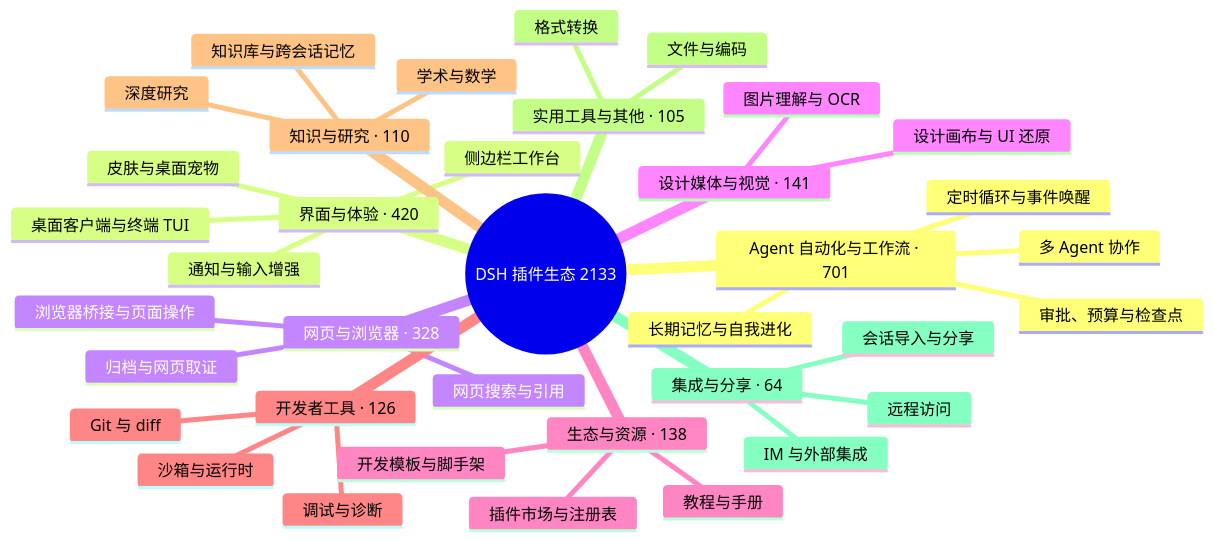
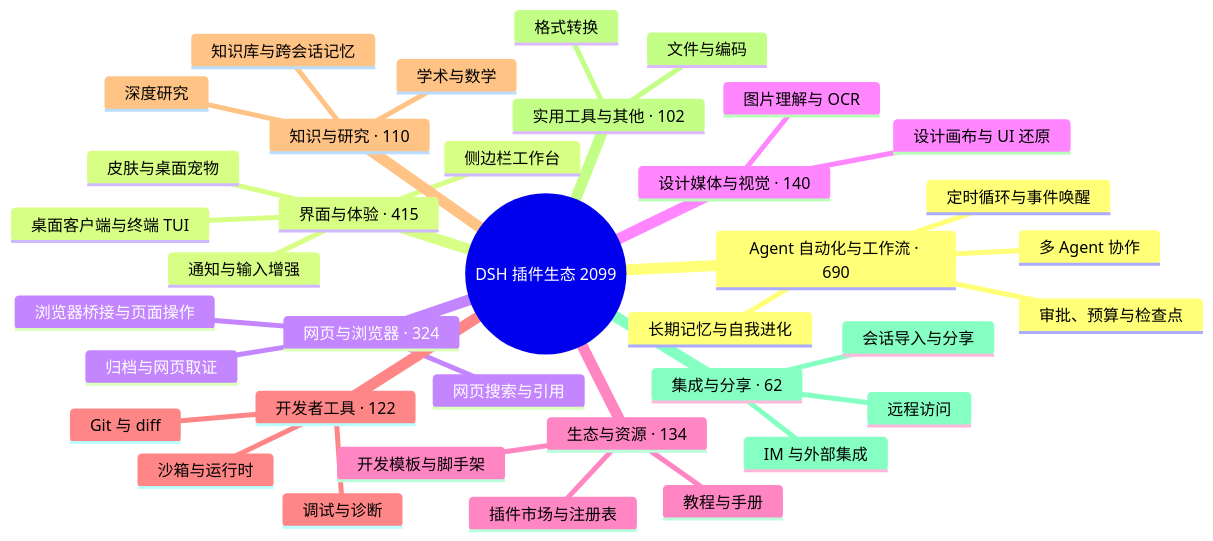
Before and after one commit to PGZXB/awesome-dsh-plugin-3: the diagram in README.md, drawn with Mermaid. The commit also changed other lines of this file and 5 other files, not shown here.

````diff
--- a/README.md
+++ b/README.md
@@ -32,40 +32,40 @@
 ```mermaid
 mindmap
-  root((DSH 插件生态 2133))
-    Agent 自动化与工作流 · 701
+  root((DSH 插件生态 2099))
+    Agent 自动化与工作流 · 690
       定时循环与事件唤醒
       多 Agent 协作
       长期记忆与自我进化
       审批、预算与检查点
-    界面与体验 · 420
+    界面与体验 · 415
       桌面客户端与终端 TUI
       侧边栏工作台
       皮肤与桌面宠物
       通知与输入增强
-    网页与浏览器 · 328
+    网页与浏览器 · 324
       浏览器桥接与页面操作
       网页搜索与引用
       归档与网页取证
-    设计媒体与视觉 · 141
+    设计媒体与视觉 · 140
       图片理解与 OCR
       设计画布与 UI 还原
-    生态与资源 · 138
+    生态与资源 · 134
       插件市场与注册表
       开发模板与脚手架
       教程与手册
-    开发者工具 · 126
+    开发者工具 · 122
       Git 与 diff
       沙箱与运行时
       调试与诊断
     知识与研究 · 110
       知识库与跨会话记忆
       深度研究
       学术与数学
-    实用工具与其他 · 105
+    实用工具与其他 · 102
       文件与编码
       格式转换
-    集成与分享 · 64
+    集成与分享 · 62
       会话导入与分享
       远程访问
       IM 与外部集成
 ```
````
